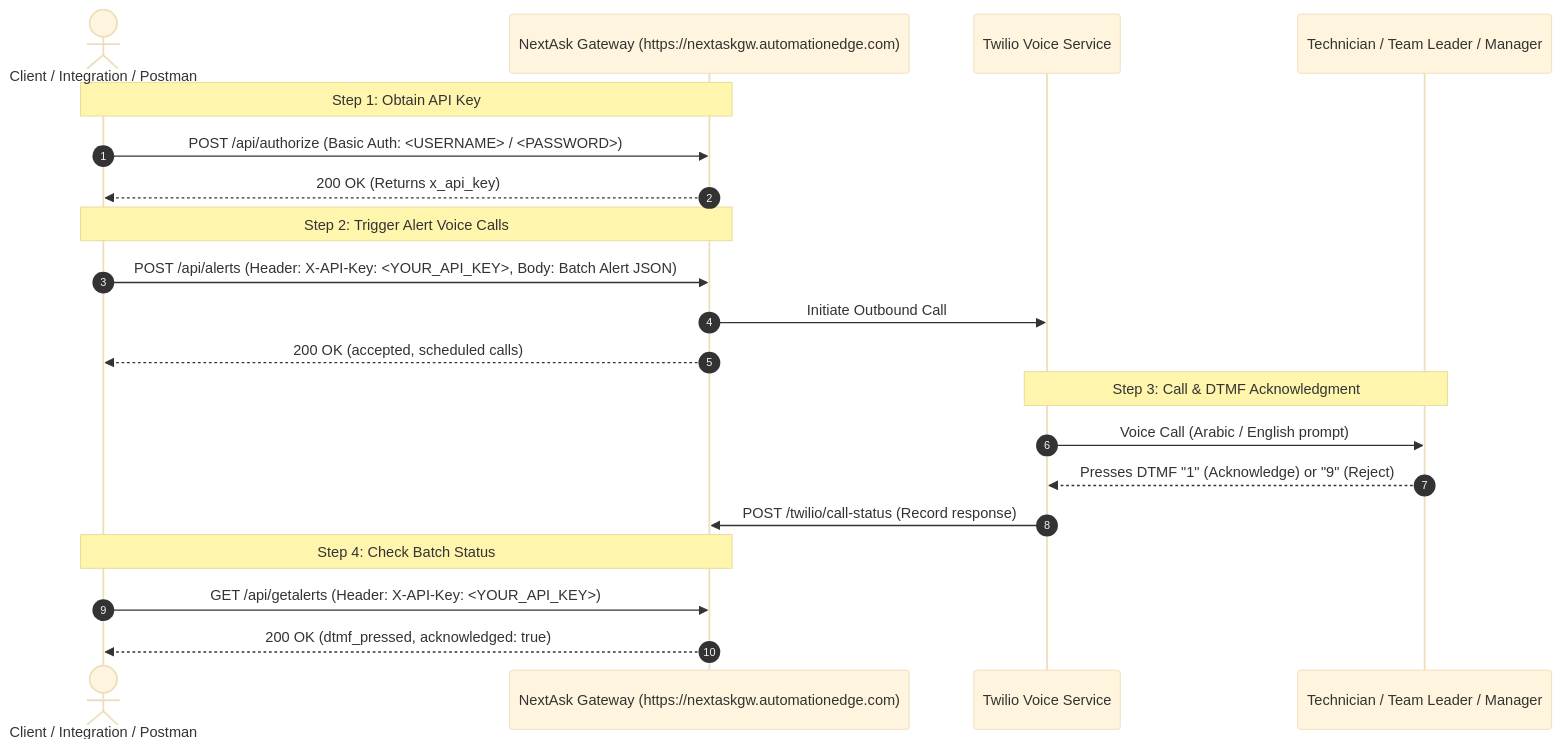
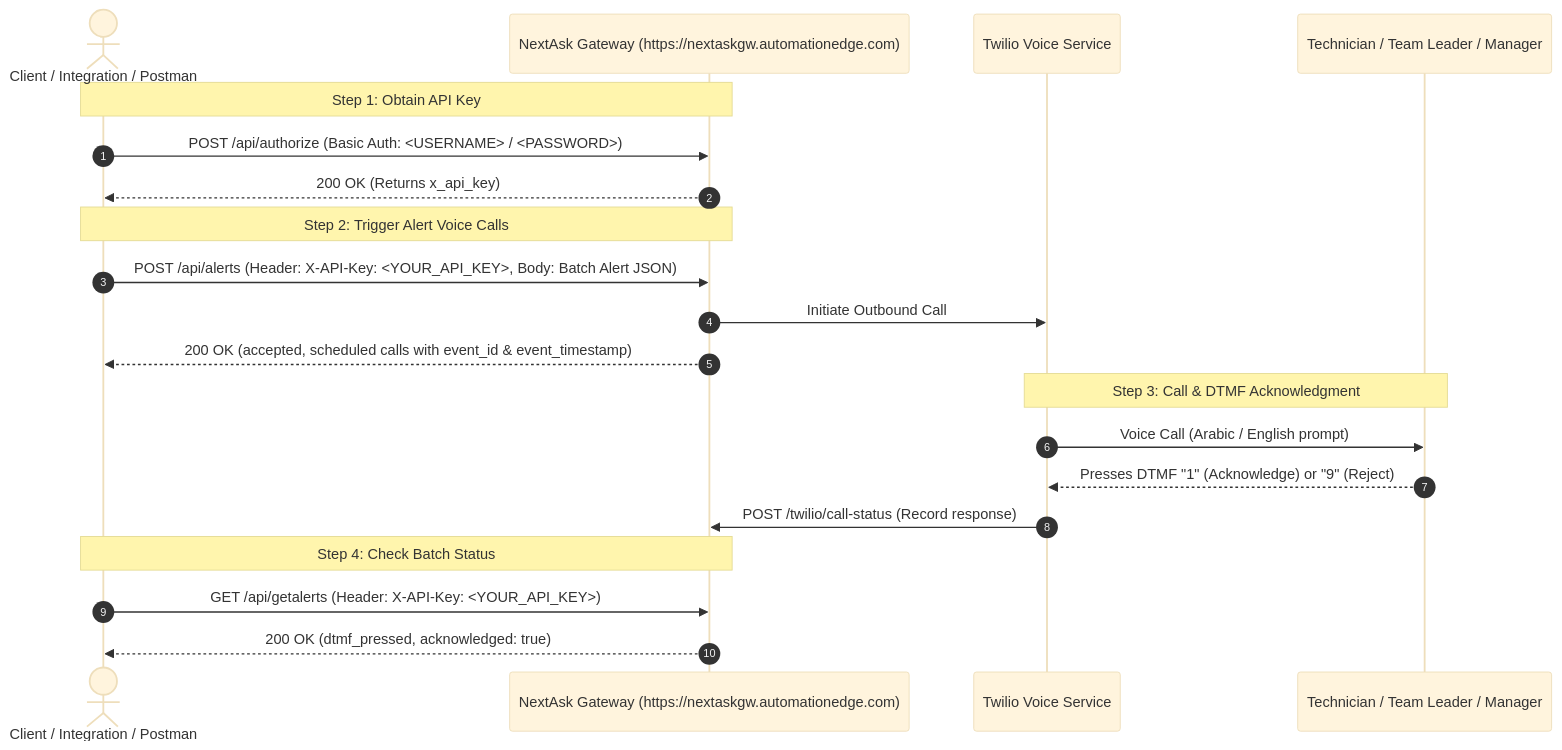
One commit to abhishekmalwadkar-png/Voice-calling-POC-main changed the diagram in API_DOCUMENTATION.md. Above: the diagram before and after it, drawn with Mermaid (base theme). The commit also changed other lines of this file and 1 other file, not shown here.

Commit message:
docs: update API documentation with additional fields, PostgreSQL data types, and event_timestamp

````diff
--- a/API_DOCUMENTATION.md
+++ b/API_DOCUMENTATION.md
@@ -23,26 +24,26 @@
 ```mermaid
 sequenceDiagram
     autonumber
     actor Client as Client / Integration / Postman
     participant Gateway as NextAsk Gateway (https://nextaskgw.automationedge.com)
     participant Twilio as Twilio Voice Service
     participant Engineer as Technician / Team Leader / Manager
 
     Note over Client,Gateway: Step 1: Obtain API Key
     Client->>Gateway: POST /api/authorize (Basic Auth: <USERNAME> / <PASSWORD>)
     Gateway-->>Client: 200 OK (Returns x_api_key)
 
     Note over Client,Gateway: Step 2: Trigger Alert Voice Calls
     Client->>Gateway: POST /api/alerts (Header: X-API-Key: <YOUR_API_KEY>, Body: Batch Alert JSON)
     Gateway->>Twilio: Initiate Outbound Call
-    Gateway-->>Client: 200 OK (accepted, scheduled calls)
+    Gateway-->>Client: 200 OK (accepted, scheduled calls with event_id & event_timestamp)
 
     Note over Twilio,Engineer: Step 3: Call & DTMF Acknowledgment
     Twilio->>Engineer: Voice Call (Arabic / English prompt)
     Engineer-->>Twilio: Presses DTMF "1" (Acknowledge) or "9" (Reject)
     Twilio->>Gateway: POST /twilio/call-status (Record response)
 
     Note over Client,Gateway: Step 4: Check Batch Status
     Client->>Gateway: GET /api/getalerts (Header: X-API-Key: <YOUR_API_KEY>)
     Gateway-->>Client: 200 OK (dtmf_pressed, acknowledged: true)
 ```
````
